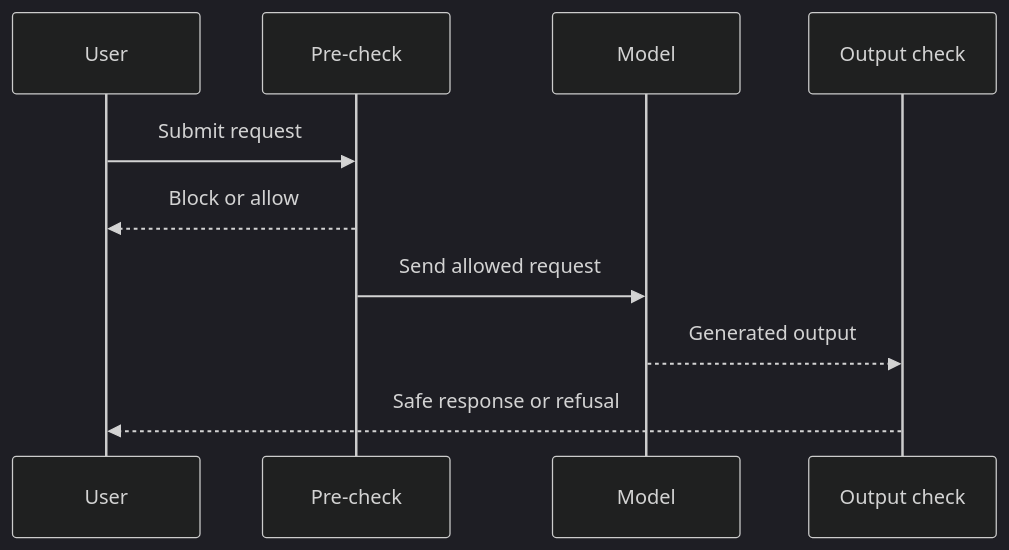
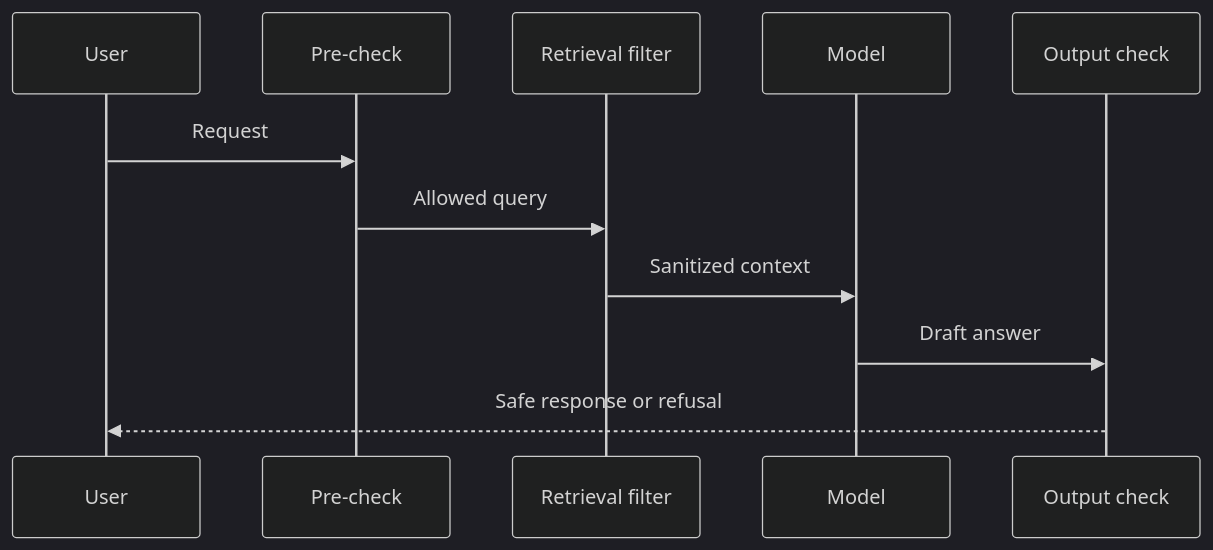
Before and after one commit to Asabeneh/30-Days-Of-AI-Engineering: the fourth of 11 diagrams in day_28/day_28_guardrails.md, drawn with Mermaid (dark theme). The commit also changed other lines of this file and 49 other files, not shown here.

````diff
--- a/day_28/day_28_guardrails.md
+++ b/day_28/day_28_guardrails.md
@@ -192,13 +260,14 @@
 ```mermaid
 sequenceDiagram
-        participant U as User
-        participant P as Pre-check
-        participant M as Model
-        participant O as Output check
+    participant U as User
+    participant P as Pre-check
+    participant R as Retrieval filter
+    participant M as Model
+    participant O as Output check
 
-        U->>P: Submit request
-        P-->>U: Block or allow
-        P->>M: Send allowed request
-        M-->>O: Generated output
-        O-->>U: Safe response or refusal
+    U->>P: Request
+    P->>R: Allowed query
+    R->>M: Sanitized context
+    M->>O: Draft answer
+    O-->>U: Safe response or refusal
 ```
````
